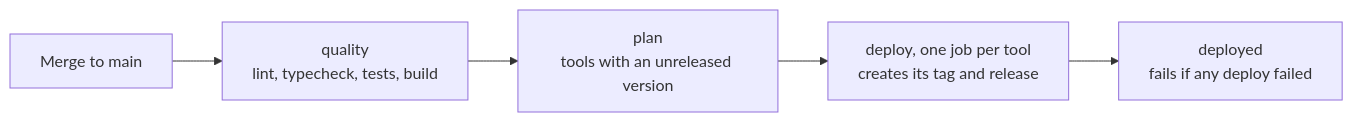
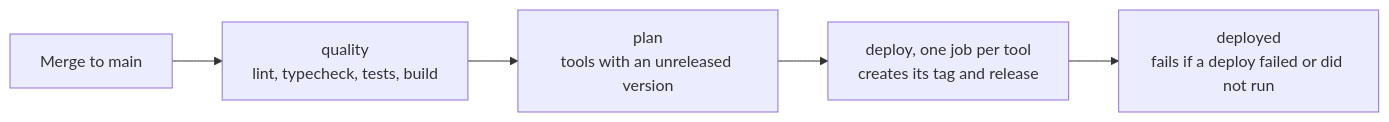
Before and after one commit to Cgcnnunes/devtools: the diagram in README.md, drawn with Mermaid. The commit also changed other lines of this file and 4 other files, not shown here.

Commit message:
fix: DEV-00003 rehearse pipeline changes and fail the gate on a skipped deploy

````diff
--- a/README.md
+++ b/README.md
@@ -69,7 +69,7 @@
 ```mermaid
 flowchart LR
     Merge["Merge to main"] --> Quality["quality<br/>lint, typecheck, tests, build"]
     Quality --> Plan["plan<br/>tools with an unreleased version"]
     Plan --> Deploy["deploy, one job per tool<br/>creates its tag and release"]
-    Deploy --> Gate["deployed<br/>fails if any deploy failed"]
+    Deploy --> Gate["deployed<br/>fails if a deploy failed or did not run"]
 ```
````
